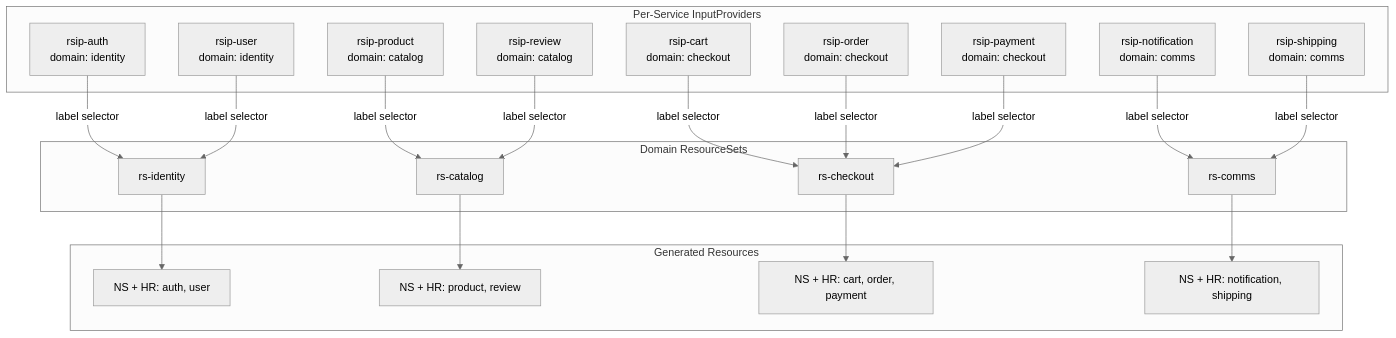
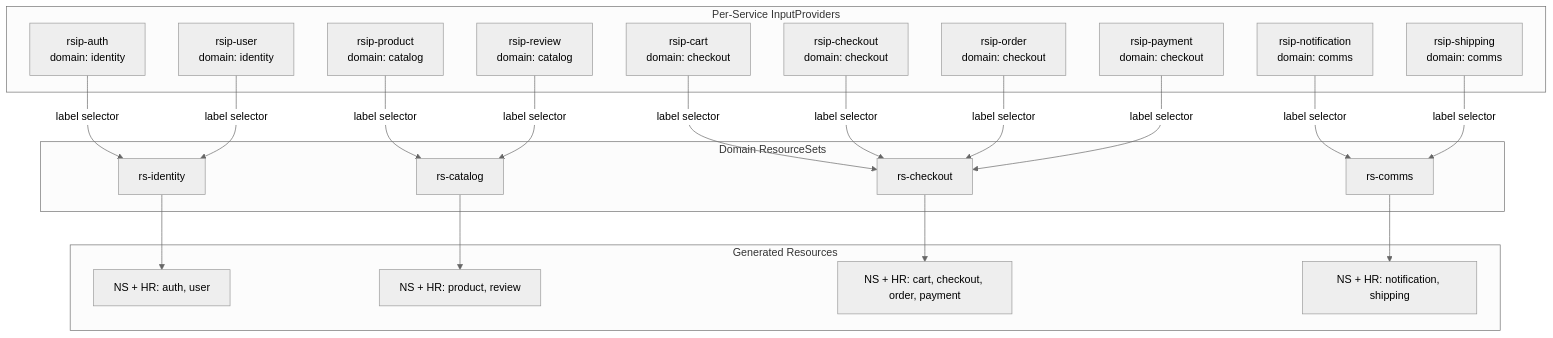
The diagram in docs/platform/application-delivery.md (duynhlab/homelab), drawn with Mermaid (neutral theme) before and after one commit. The commit also changed other lines of this file and 26 other files, not shown here.

````diff
--- a/docs/platform/application-delivery.md
+++ b/docs/platform/application-delivery.md
@@ -19,43 +19,45 @@
 ```mermaid
 flowchart TD
     subgraph services [Per-Service InputProviders]
         authIP["rsip-auth<br/>domain: identity"]
         userIP["rsip-user<br/>domain: identity"]
         productIP["rsip-product<br/>domain: catalog"]
         reviewIP["rsip-review<br/>domain: catalog"]
+        checkoutIP["rsip-checkout<br/>domain: checkout"]
         cartIP["rsip-cart<br/>domain: checkout"]
         orderIP["rsip-order<br/>domain: checkout"]
         paymentIP["rsip-payment<br/>domain: checkout"]
         notifIP["rsip-notification<br/>domain: comms"]
         shipIP["rsip-shipping<br/>domain: comms"]
     end
 
     subgraph domains [Domain ResourceSets]
         rsIdentity["rs-identity"]
         rsCatalog["rs-catalog"]
         rsCheckout["rs-checkout"]
         rsComms["rs-comms"]
     end
 
     subgraph output [Generated Resources]
         hrIdentity["NS + HR: auth, user"]
         hrCatalog["NS + HR: product, review"]
-        hrCheckout["NS + HR: cart, order, payment"]
+        hrCheckout["NS + HR: cart, checkout, order, payment"]
         hrComms["NS + HR: notification, shipping"]
     end
 
     authIP -->|"label selector"| rsIdentity
     userIP -->|"label selector"| rsIdentity
     productIP -->|"label selector"| rsCatalog
     reviewIP -->|"label selector"| rsCatalog
     cartIP -->|"label selector"| rsCheckout
+    checkoutIP -->|"label selector"| rsCheckout
     orderIP -->|"label selector"| rsCheckout
     paymentIP -->|"label selector"| rsCheckout
     notifIP -->|"label selector"| rsComms
     shipIP -->|"label selector"| rsComms
 
     rsIdentity --> hrIdentity
     rsCatalog --> hrCatalog
     rsCheckout --> hrCheckout
     rsComms --> hrComms
 ```
````
